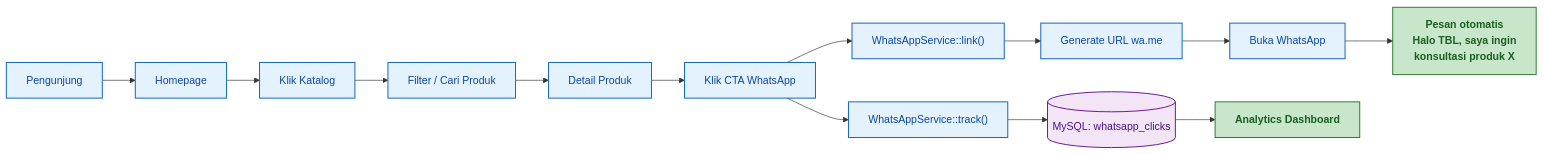
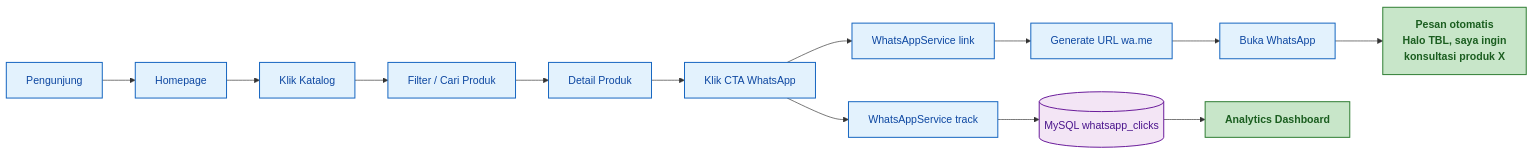
The tenth of 19 diagrams in README.md (sekarpratama/project1), drawn with Mermaid before and after one commit. The commit also changed other lines of this file, not shown here.

````diff
--- a/README.md
+++ b/README.md
@@ -579,24 +615,33 @@
 ```mermaid
 flowchart LR
     A["Pengunjung"]:::step
     B["Homepage"]:::step
     C["Klik Katalog"]:::step
     D["Filter / Cari Produk"]:::step
     E["Detail Produk"]:::step
     F["Klik CTA WhatsApp"]:::step
-    G["WhatsAppService::link()"]:::step
+    G["WhatsAppService link"]:::step
     H["Generate URL wa.me"]:::step
     I["Buka WhatsApp"]:::step
     J["Pesan otomatis<br/>Halo TBL, saya ingin<br/>konsultasi produk X"]:::success
-    K["WhatsAppService::track()"]:::step
-    L[("MySQL: whatsapp_clicks")]:::data
+    K["WhatsAppService track"]:::step
+    L[("MySQL whatsapp_clicks")]:::data
     M["Analytics Dashboard"]:::success
 
-    A --> B --> C --> D --> E --> F
-    F --> G --> H --> I --> J
-    F --> K --> L --> M
+    A --> B
+    B --> C
+    C --> D
+    D --> E
+    E --> F
+    F --> G
+    G --> H
+    H --> I
+    I --> J
+    F --> K
+    K --> L
+    L --> M
 
     classDef step fill:#e3f2fd,stroke:#1565c0,stroke-width:1.5px,color:#0d47a1
     classDef data fill:#f3e5f5,stroke:#6a1b9a,stroke-width:1.5px,color:#4a148c
     classDef success fill:#c8e6c9,stroke:#2e7d32,stroke-width:1.5px,color:#1b5e20,font-weight:bold
 ```
````
